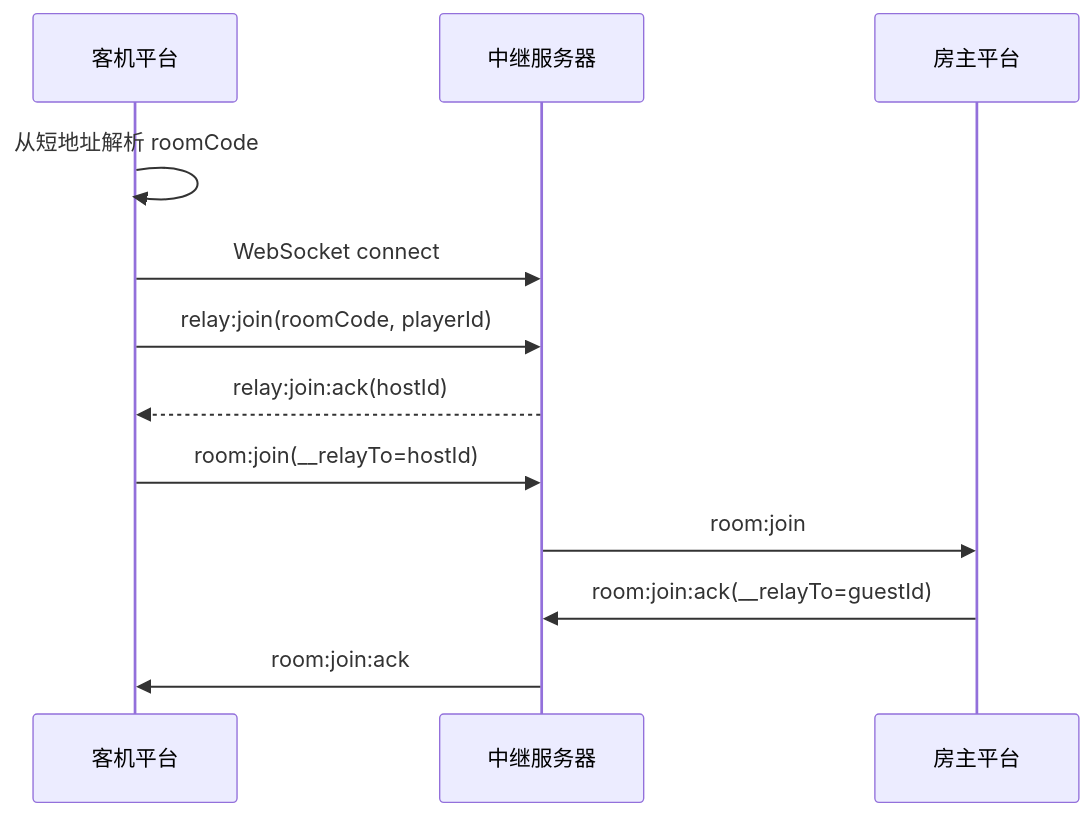
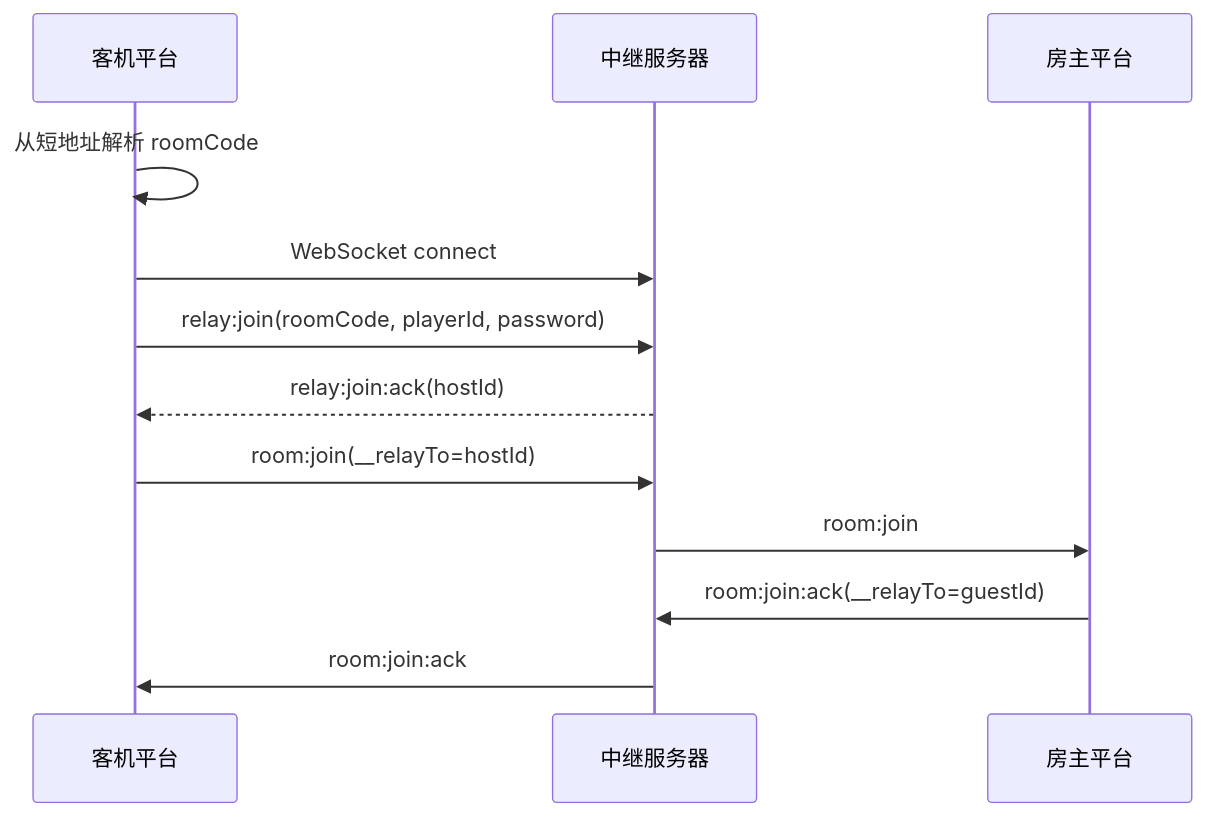
Before and after one commit to baozha2023/bz-games: the third of 4 diagrams in relay-server/API.md, drawn with Mermaid. The commit also changed other lines of this file and 40 other files, not shown here.

````diff
--- a/relay-server/API.md
+++ b/relay-server/API.md
@@ -447,14 +861,14 @@
 ```mermaid
 sequenceDiagram
   participant Guest as 客机平台
   participant Relay as 中继服务器
   participant Host as 房主平台
   Guest->>Guest: 从短地址解析 roomCode
   Guest->>Relay: WebSocket connect
-  Guest->>Relay: relay:join(roomCode, playerId)
+  Guest->>Relay: relay:join(roomCode, playerId, password)
   Relay-->>Guest: relay:join:ack(hostId)
   Guest->>Relay: room:join(__relayTo=hostId)
   Relay->>Host: room:join
   Host->>Relay: room:join:ack(__relayTo=guestId)
   Relay->>Guest: room:join:ack
 ```
````
